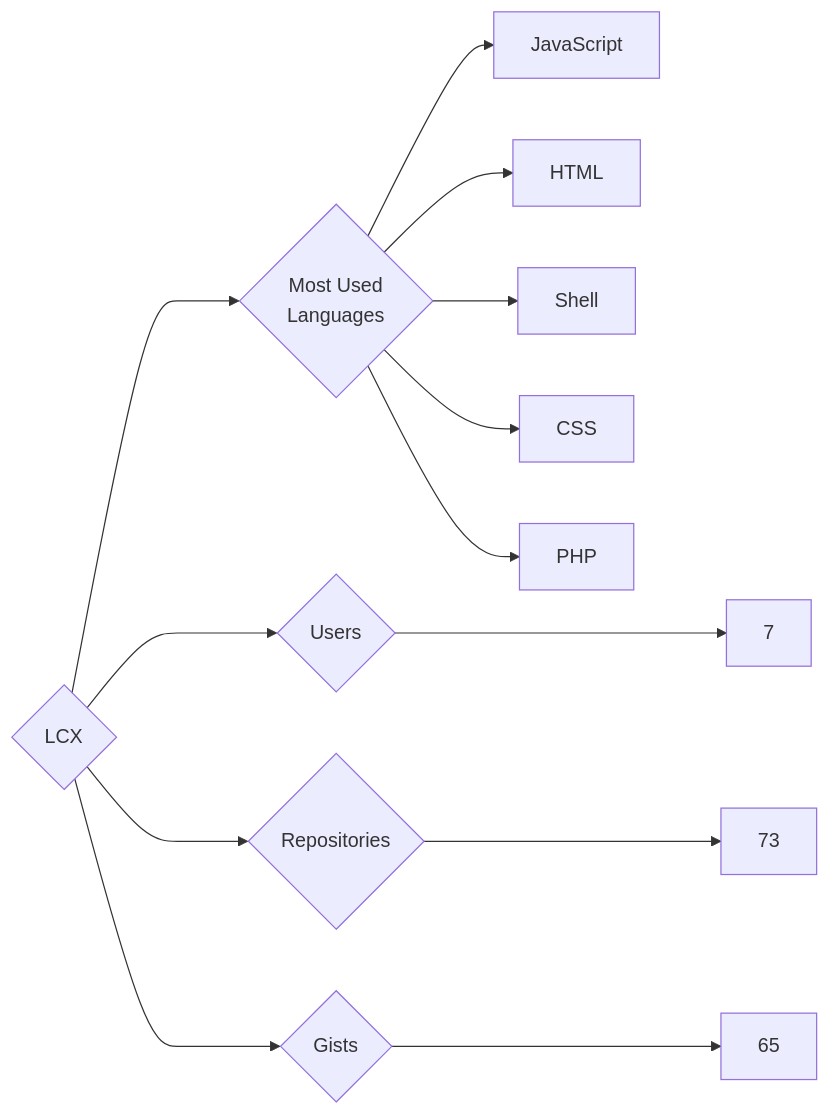
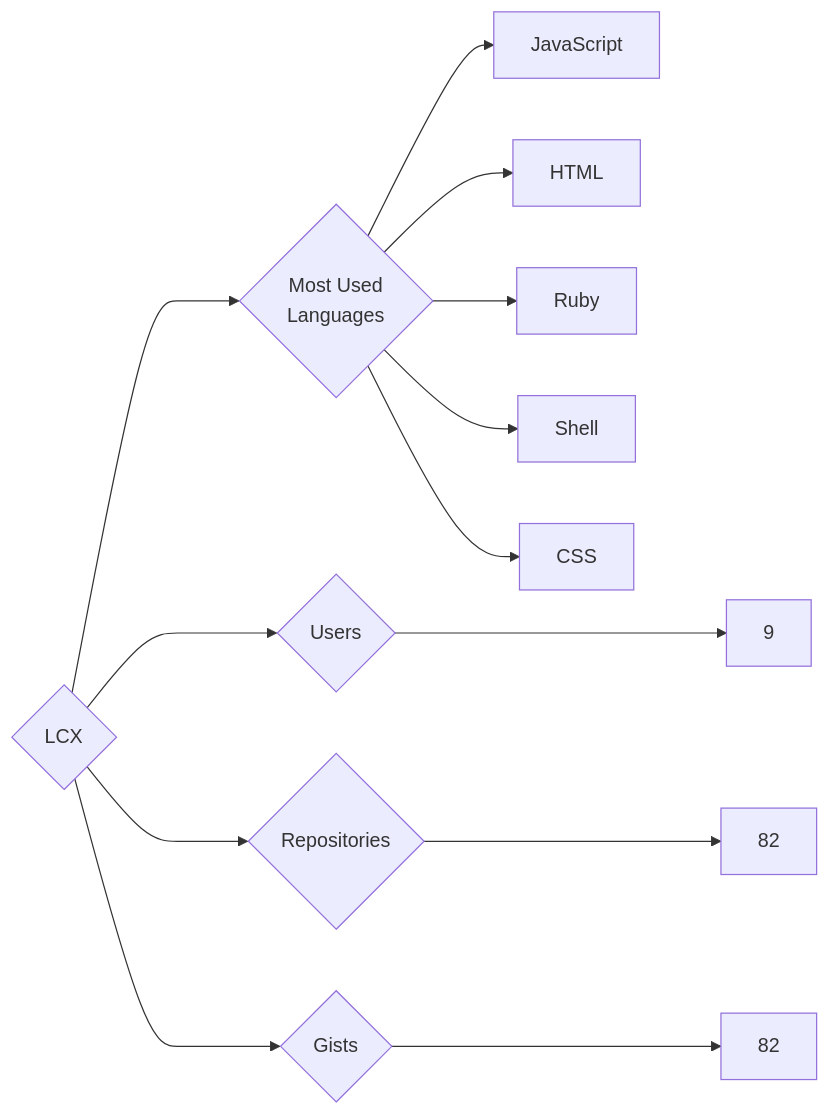
The diagram in targets/LCX/README.md (trickest/insiders), drawn with Mermaid before and after one commit. The commit also changed 1496 other files, not shown here.

````diff
--- a/targets/LCX/README.md
+++ b/targets/LCX/README.md
@@ -3,13 +3,13 @@
 ```mermaid
 graph LR
 COMPANY_NAME{LCX}
-COMPANY_NAME ---> U{Users} ---> UN[7]
-COMPANY_NAME ---> R{Repositories} ---> RN[73]
-COMPANY_NAME ---> G{Gists} ---> GN[65]
+COMPANY_NAME ---> U{Users} ---> UN[9]
+COMPANY_NAME ---> R{Repositories} ---> RN[82]
+COMPANY_NAME ---> G{Gists} ---> GN[82]
 COMPANY_NAME ---> ML{Most Used<br>Languages}
 ML --> JavaScript[JavaScript]
 ML --> HTML[HTML]
+ML --> Ruby[Ruby]
 ML --> Shell[Shell]
 ML --> CSS[CSS]
-ML --> PHP[PHP]
 ```
````
